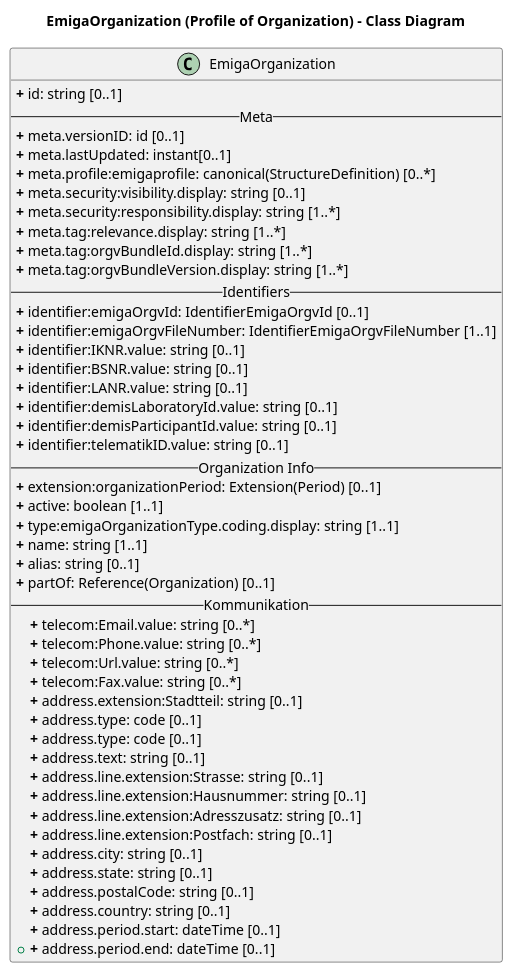
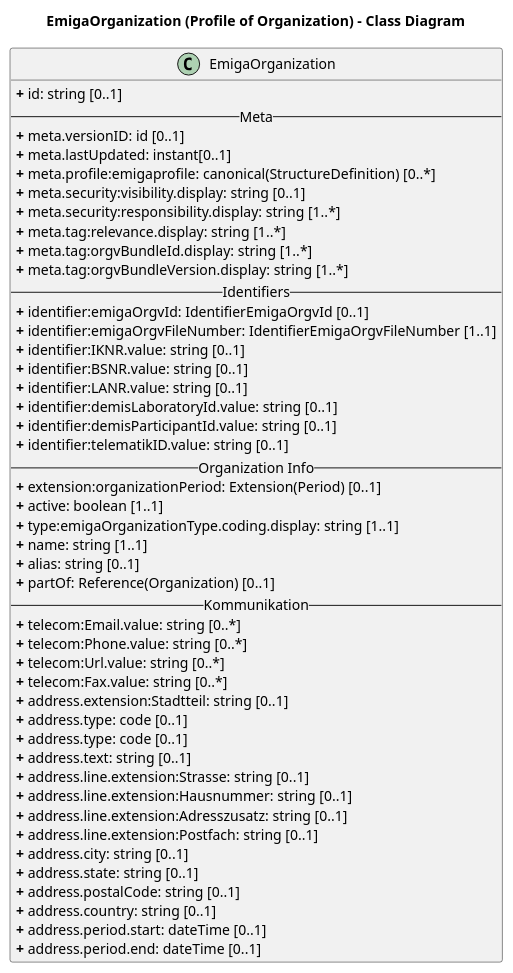
The diagram in rki.emiga.vzd/PlantUML/Oranization.puml (robert-koch-institut/rki.emiga.vzd), drawn with PlantUML before and after one commit.

Commit message:
remove typo

```diff
--- a/rki.emiga.vzd/PlantUML/Oranization.puml
+++ b/rki.emiga.vzd/PlantUML/Oranization.puml
@@ -1,53 +1,53 @@
 @startuml
 title EmigaOrganization (Profile of Organization) - Class Diagram
 
 ' Main Class
 class EmigaOrganization{
 <b>+</b> id: string [0..1]
 -- Meta --
 <b>+</b> meta.versionID: id [0..1] 
 <b>+</b> meta.lastUpdated: instant[0..1] 
 <b>+</b> meta.profile:emigaprofile: canonical(StructureDefinition) [0..*]
 <b>+</b> meta.security:visibility.display: string [0..1]
 <b>+</b> meta.security:responsibility.display: string [1..*]
 <b>+</b> meta.tag:relevance.display: string [1..*] 
 <b>+</b> meta.tag:orgvBundleId.display: string [1..*] 
 <b>+</b> meta.tag:orgvBundleVersion.display: string [1..*] 
 -- Identifiers --
 <b>+</b> identifier:emigaOrgvId: IdentifierEmigaOrgvId [0..1] 
 <b>+</b> identifier:emigaOrgvFileNumber: IdentifierEmigaOrgvFileNumber [1..1] 
 <b>+</b> identifier:IKNR.value: string [0..1] 
 <b>+</b> identifier:BSNR.value: string [0..1] 
 <b>+</b> identifier:LANR.value: string [0..1] 
 <b>+</b> identifier:demisLaboratoryId.value: string [0..1] 
 <b>+</b> identifier:demisParticipantId.value: string [0..1] 
 <b>+</b> identifier:telematikID.value: string [0..1] 
 -- Organization Info --
 <b>+</b> extension:organizationPeriod: Extension(Period) [0..1]
 <b>+</b> active: boolean [1..1]
 <b>+</b> type:emigaOrganizationType.coding.display: string [1..1]
 <b>+</b> name: string [1..1]
 <b>+</b> alias: string [0..1]
 <b>+</b> partOf: Reference(Organization) [0..1]
 -- Kommunikation --
 <b>+</b> telecom:Email.value: string [0..*]
 <b>+</b> telecom:Phone.value: string [0..*]
 <b>+</b> telecom:Url.value: string [0..*]
 <b>+</b> telecom:Fax.value: string [0..*]
 <b>+</b> address.extension:Stadtteil: string [0..1]
 <b>+</b> address.type: code [0..1]
 <b>+</b> address.type: code [0..1]
 <b>+</b> address.text: string [0..1]
 <b>+</b> address.line.extension:Strasse: string [0..1]
 <b>+</b> address.line.extension:Hausnummer: string [0..1]
 <b>+</b> address.line.extension:Adresszusatz: string [0..1]
 <b>+</b> address.line.extension:Postfach: string [0..1]
 <b>+</b> address.city: string [0..1]
 <b>+</b> address.state: string [0..1]
 <b>+</b> address.postalCode: string [0..1]
 <b>+</b> address.country: string [0..1]
 <b>+</b> address.period.start: dateTime [0..1]
-+<b>+</b> address.period.end: dateTime [0..1]
+<b>+</b> address.period.end: dateTime [0..1]
 }
 
 @enduml
```
